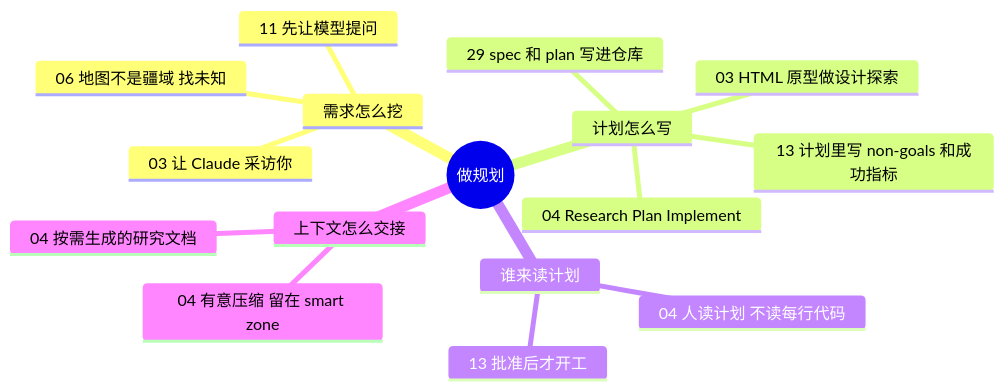
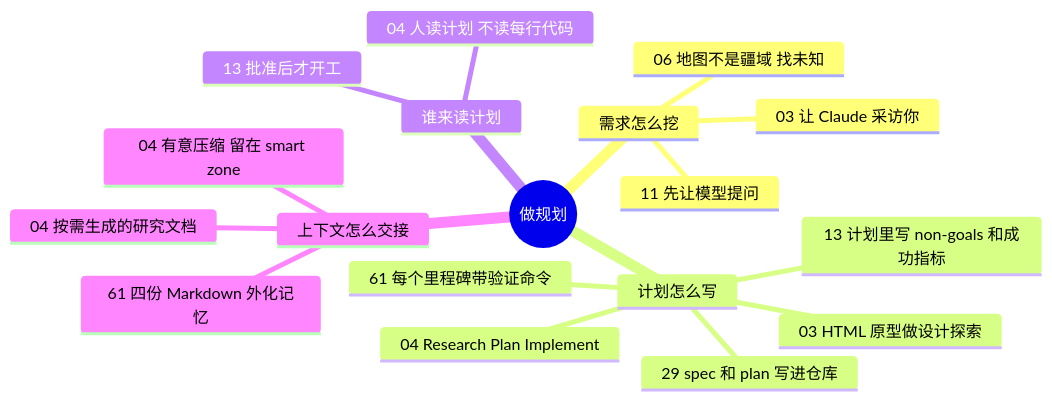
One commit to yzw7489757/ai-coding-videos changed the diagram in docs/guide/planning.md. Above: the diagram before and after it, drawn with Mermaid. The commit also changed other lines of this file and 18 other files, not shown here.

````diff
--- a/docs/guide/planning.md
+++ b/docs/guide/planning.md
@@ -13,19 +13,21 @@
 ```mermaid
 mindmap
   root((做规划))
     需求怎么挖
       03 让 Claude 采访你
       06 地图不是疆域 找未知
       11 先让模型提问
     计划怎么写
       04 Research Plan Implement
       13 计划里写 non-goals 和成功指标
       03 HTML 原型做设计探索
       29 spec 和 plan 写进仓库
+      61 每个里程碑带验证命令
     谁来读计划
       04 人读计划 不读每行代码
       13 批准后才开工
     上下文怎么交接
       04 有意压缩 留在 smart zone
       04 按需生成的研究文档
+      61 四份 Markdown 外化记忆
 ```
````
